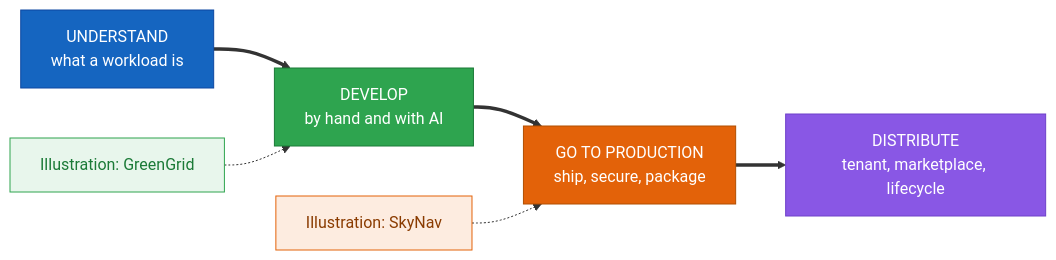
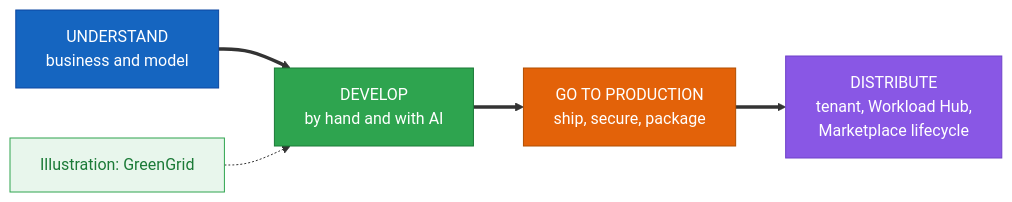
Before and after one commit to fredgis/BookWorkload: the first of 8 diagrams in workload-chapter-outline.md, drawn with Mermaid. The commit also changed other lines of this file and 8 other files, not shown here.

````diff
--- a/workload-chapter-outline.md
+++ b/workload-chapter-outline.md
@@ -61,18 +62,15 @@
 ```mermaid
 flowchart LR
-    U["UNDERSTAND<br/>what a workload is"]
+    U["UNDERSTAND<br/>business and model"]
     D["DEVELOP<br/>by hand and with AI"]
     PR["GO TO PRODUCTION<br/>ship, secure, package"]
-    DI["DISTRIBUTE<br/>tenant, marketplace, lifecycle"]
+    DI["DISTRIBUTE<br/>tenant, Workload Hub,<br/>Marketplace lifecycle"]
     U ==> D ==> PR ==> DI
     GG["Illustration: GreenGrid"]
-    SN["Illustration: SkyNav"]
     GG -.-> D
-    SN -.-> PR
     style U fill:#1565c0,stroke:#0d47a1,color:#ffffff
     style D fill:#2ea44f,stroke:#1b7a37,color:#ffffff
     style PR fill:#e36209,stroke:#b14e00,color:#ffffff
     style DI fill:#8957e5,stroke:#6e40c9,color:#ffffff
     style GG fill:#e8f6ec,stroke:#2ea44f,color:#1b7a37
-    style SN fill:#fdece0,stroke:#e36209,color:#8a3b00
 ```
````
